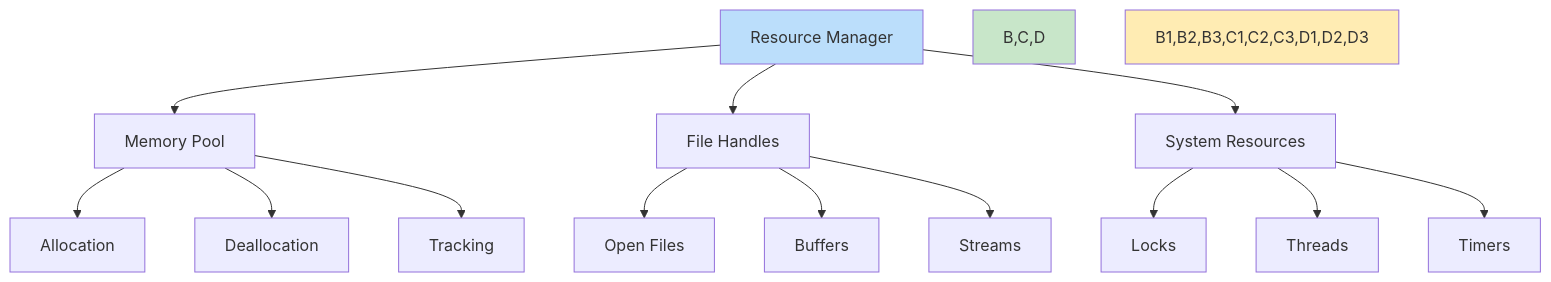
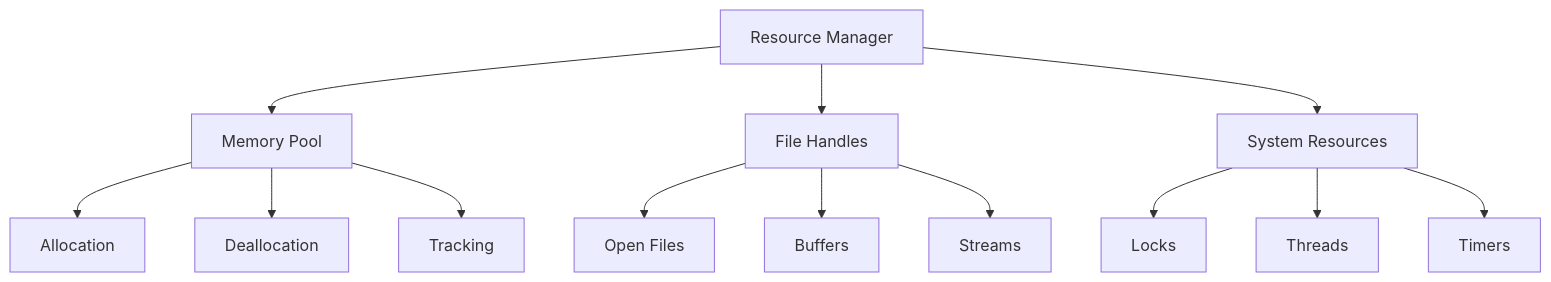
Diagram 17 of 17 in Docs/DevelopmentGuide/DETAILED_IMPLEMENTATION.md (LGICCommunity/NoteCLI), drawn with Mermaid before and after one commit. The commit also changed other lines of this file and 1 other file, not shown here.

````diff
--- a/Docs/DevelopmentGuide/DETAILED_IMPLEMENTATION.md
+++ b/Docs/DevelopmentGuide/DETAILED_IMPLEMENTATION.md
@@ -432,22 +403,19 @@
 ```mermaid
 graph TD
     A[Resource Manager] --> B[Memory Pool]
     A --> C[File Handles]
     A --> D[System Resources]
     
     B --> B1[Allocation]
     B --> B2[Deallocation]
     B --> B3[Tracking]
     
     C --> C1[Open Files]
     C --> C2[Buffers]
     C --> C3[Streams]
     
     D --> D1[Locks]
     D --> D2[Threads]
     D --> D3[Timers]
     
-    style A fill:#bbdefb
-    style B,C,D fill:#c8e6c9
-    style B1,B2,B3,C1,C2,C3,D1,D2,D3 fill:#ffecb3
 ```
````
